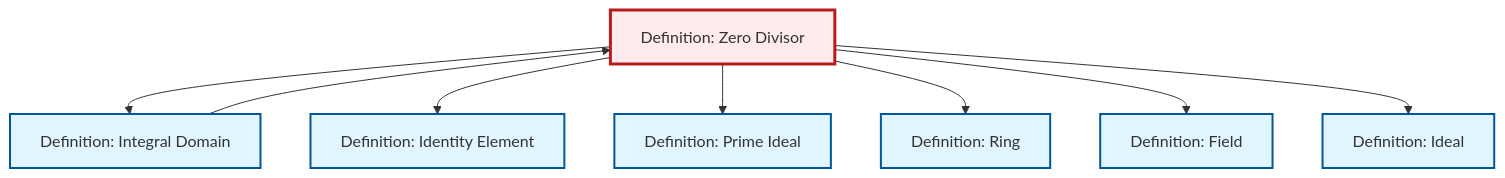
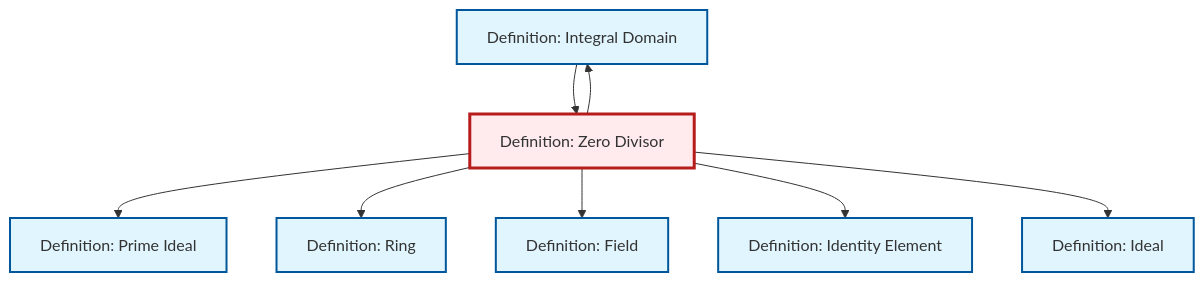
The diagram in output/mermaid/en/def-zero-divisor.mermaid (RK0429/ModernMath), drawn with Mermaid before and after one commit. The commit also changed other lines of this file and 1012 other files, not shown here.

```diff
--- a/output/mermaid/en/def-zero-divisor.mermaid
+++ b/output/mermaid/en/def-zero-divisor.mermaid
@@ -1,22 +1,22 @@
 %%| fig-cap: "Local dependency graph"
 graph TD
     classDef definition fill:#e1f5fe,stroke:#01579b,stroke-width:2px
     classDef theorem fill:#f3e5f5,stroke:#4a148c,stroke-width:2px
     classDef axiom fill:#fff3e0,stroke:#e65100,stroke-width:2px
     classDef example fill:#e8f5e9,stroke:#1b5e20,stroke-width:2px
     classDef current fill:#ffebee,stroke:#b71c1c,stroke-width:3px
+    def-field["Definition: Field"]:::definition
+    def-identity-element["Definition: Identity Element"]:::definition
     def-ring["Definition: Ring"]:::definition
-    def-field["Definition: Field"]:::definition
     def-prime-ideal["Definition: Prime Ideal"]:::definition
+    def-integral-domain["Definition: Integral Domain"]:::definition
     def-ideal["Definition: Ideal"]:::definition
     def-zero-divisor["Definition: Zero Divisor"]:::definition
-    def-integral-domain["Definition: Integral Domain"]:::definition
-    def-identity-element["Definition: Identity Element"]:::definition
+    def-zero-divisor --> def-prime-ideal
+    def-zero-divisor --> def-ring
+    def-integral-domain --> def-zero-divisor
+    def-zero-divisor --> def-field
+    def-zero-divisor --> def-identity-element
+    def-zero-divisor --> def-ideal
     def-zero-divisor --> def-integral-domain
-    def-zero-divisor --> def-identity-element
-    def-zero-divisor --> def-prime-ideal
-    def-integral-domain --> def-zero-divisor
-    def-zero-divisor --> def-ring
-    def-zero-divisor --> def-field
-    def-zero-divisor --> def-ideal
     class def-zero-divisor current
```
